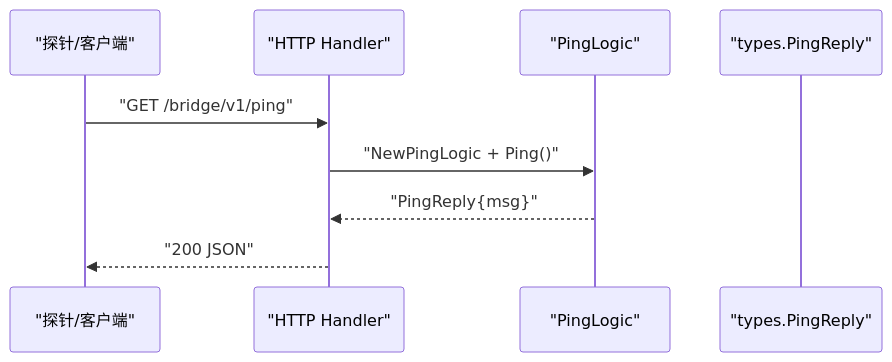
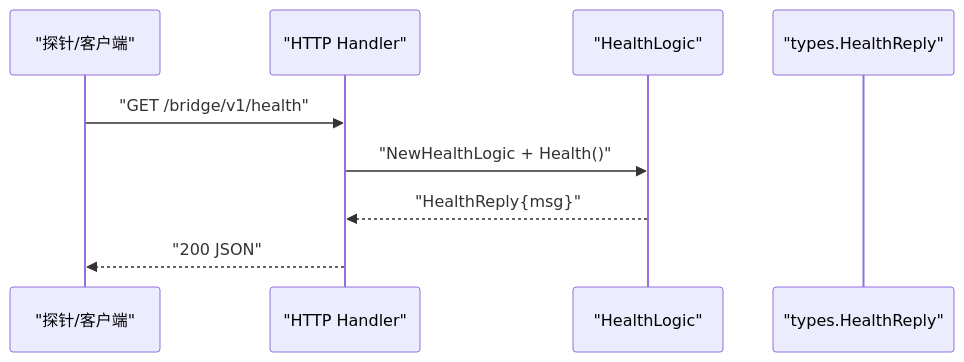
One commit to maomao94/zero-service changed the fourth of 6 diagrams in .qoder/repowiki/zh/content/AI应用模块/SSE网关服务/Ping健康检查.md. Above: the diagram before and after it, drawn with Mermaid. The commit also changed other lines of this file and 6 other files, not shown here.

````diff
--- a/.qoder/repowiki/zh/content/AI应用模块/SSE网关服务/Ping健康检查.md
+++ b/.qoder/repowiki/zh/content/AI应用模块/SSE网关服务/Ping健康检查.md
@@ -163,11 +174,11 @@
 ```mermaid
 sequenceDiagram
 participant P as "探针/客户端"
 participant H as "HTTP Handler"
-participant L as "PingLogic"
-participant T as "types.PingReply"
-P->>H : "GET /bridge/v1/ping"
-H->>L : "NewPingLogic + Ping()"
-L-->>H : "PingReply{msg}"
+participant L as "HealthLogic"
+participant T as "types.HealthReply"
+P->>H : "GET /bridge/v1/health"
+H->>L : "NewHealthLogic + Health()"
+L-->>H : "HealthReply{msg}"
 H-->>P : "200 JSON"
 ```
````
